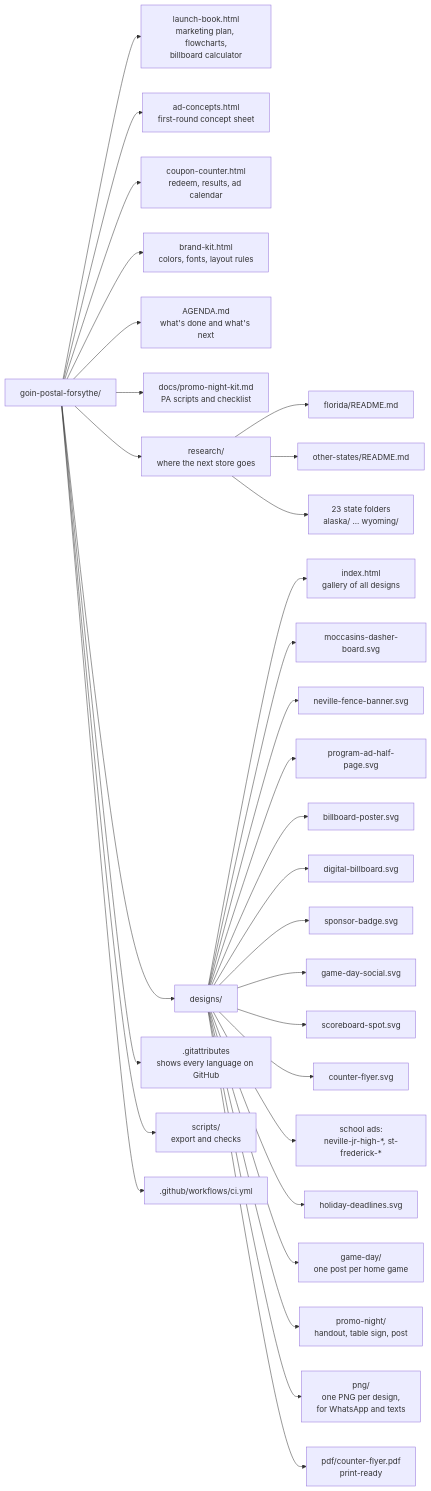
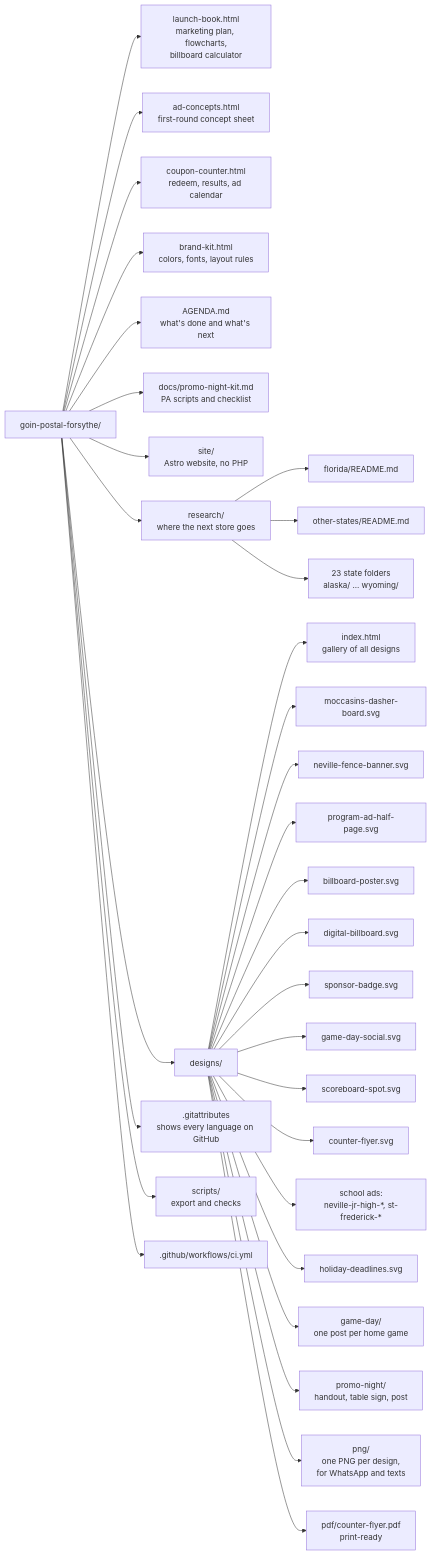
Before and after one commit to wbp318/goin-postal-forsythe: diagram 11 of 25 in README.md, drawn with Mermaid. The commit also changed other lines of this file and 16 other files, not shown here.

First line of the commit message:
Site: scaffold the store website with Astro, no PHP

````diff
--- a/README.md
+++ b/README.md
@@ -672,33 +710,34 @@
 ```mermaid
 flowchart LR
   R["goin-postal-forsythe/"] --> A["launch-book.html<br/>marketing plan, flowcharts,<br/>billboard calculator"]
   R --> B["ad-concepts.html<br/>first-round concept sheet"]
   R --> CC["coupon-counter.html<br/>redeem, results, ad calendar"]
   R --> BK["brand-kit.html<br/>colors, fonts, layout rules"]
   R --> AG["AGENDA.md<br/>what's done and what's next"]
   R --> DOC["docs/promo-night-kit.md<br/>PA scripts and checklist"]
+  R --> ST["site/<br/>Astro website, no PHP"]
   R --> RS["research/<br/>where the next store goes"]
   RS --> RS1["florida/README.md"]
   RS --> RS2["other-states/README.md"]
   RS --> RS3["23 state folders<br/>alaska/ ... wyoming/"]
   R --> D["designs/"]
   R --> G[".gitattributes<br/>shows every language on GitHub"]
   D --> D0["index.html<br/>gallery of all designs"]
   D --> D1["moccasins-dasher-board.svg"]
   D --> D2["neville-fence-banner.svg"]
   D --> D3["program-ad-half-page.svg"]
   D --> D4["billboard-poster.svg"]
   D --> D5["digital-billboard.svg"]
   D --> D6["sponsor-badge.svg"]
   D --> D7["game-day-social.svg"]
   D --> D8["scoreboard-spot.svg"]
   D --> D9["counter-flyer.svg"]
   D --> D10["school ads:<br/>neville-jr-high-*, st-frederick-*"]
   D --> D11["holiday-deadlines.svg"]
   D --> GD["game-day/<br/>one post per home game"]
   D --> PN["promo-night/<br/>handout, table sign, post"]
   D --> P["png/<br/>one PNG per design,<br/>for WhatsApp and texts"]
   D --> F["pdf/counter-flyer.pdf<br/>print-ready"]
   R --> S["scripts/<br/>export and checks"]
   R --> W[".github/workflows/ci.yml"]
 ```
````
